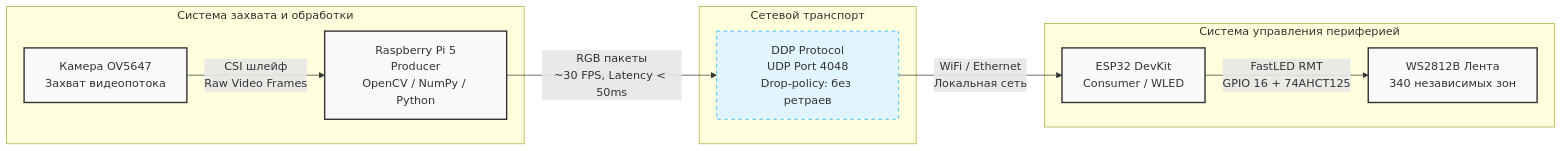
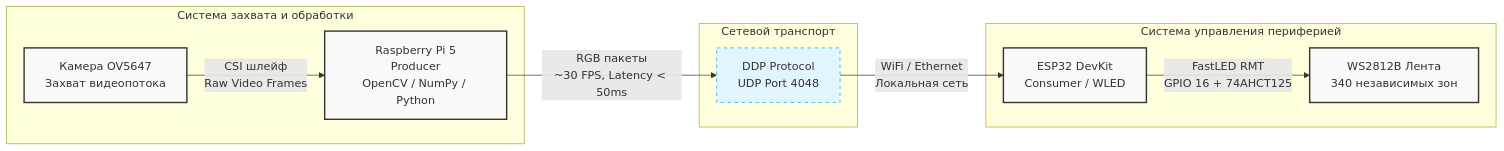
The diagram in README.md (YarValerievich/ambilight-wled), drawn with Mermaid before and after one commit.

````diff
--- a/README.md
+++ b/README.md
@@ -13,27 +13,27 @@
 ```mermaid
 graph LR
     subgraph Capture_System ["Система захвата и обработки"]
         CAM["Камера OV5647<br/>Захват видеопотока"]
         PI["Raspberry Pi 5<br/>Producer<br/>OpenCV / NumPy / Python"]
         CAM -- "CSI шлейф<br/>Raw Video Frames" --> PI
     end
 
     subgraph Network ["Сетевой транспорт"]
-        UDP["DDP Protocol<br/>UDP Port 4048<br/>Drop-policy: без ретраев"]
+        UDP["DDP Protocol<br/>UDP Port 4048<br/>"]
     end
 
     subgraph LED_System ["Система управления периферией"]
         ESP["ESP32 DevKit<br/>Consumer / WLED"]
         LED["WS2812B Лента<br/>340 независимых зон"]
         ESP -- "FastLED RMT<br/>GPIO 16 + 74AHCT125" --> LED
     end
 
     PI -- "RGB пакеты<br/>~30 FPS, Latency &lt; 50ms" --> UDP
     UDP -- "WiFi / Ethernet<br/>Локальная сеть" --> ESP
 
     classDef hardware fill:#f9f9f9,stroke:#333,stroke-width:2px;
     classDef protocol fill:#e1f5fe,stroke:#03a9f4,stroke-width:1px,stroke-dasharray: 5 5;
 
     class CAM,PI,ESP,LED hardware;
     class UDP protocol;
 ```
````
